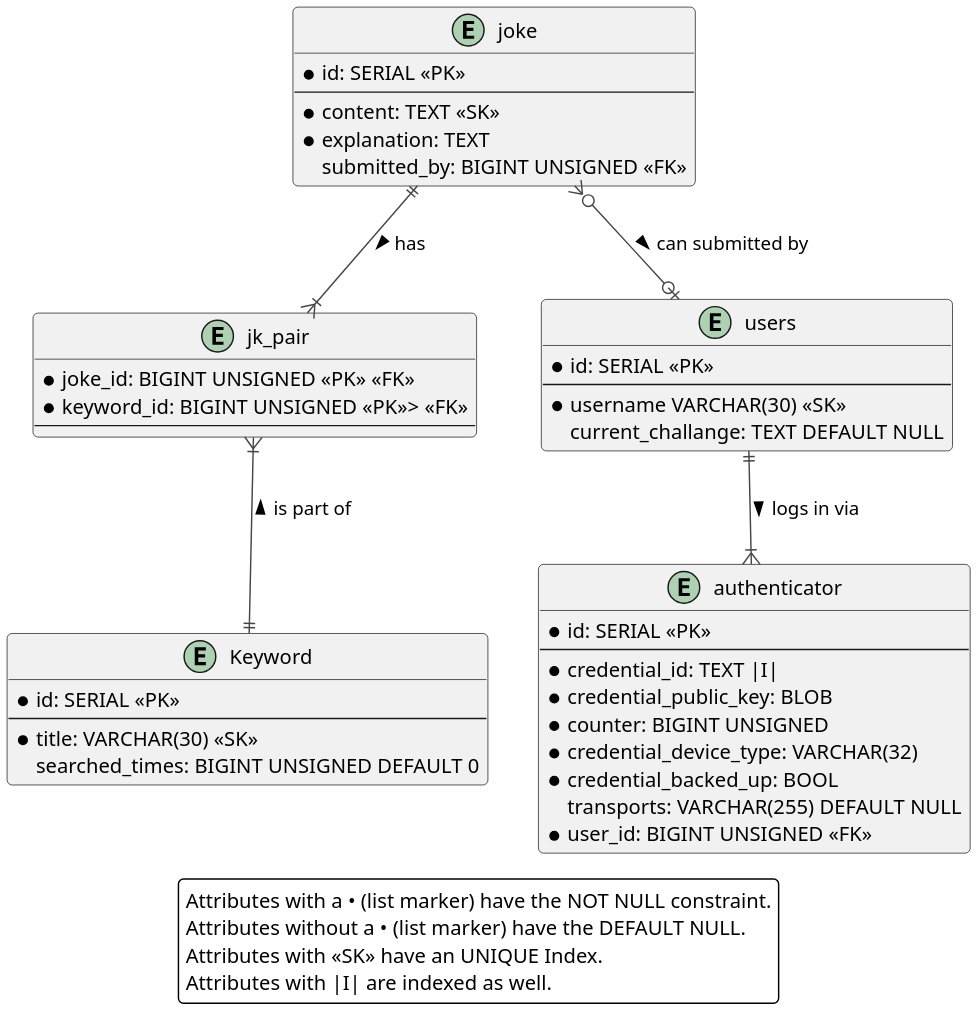
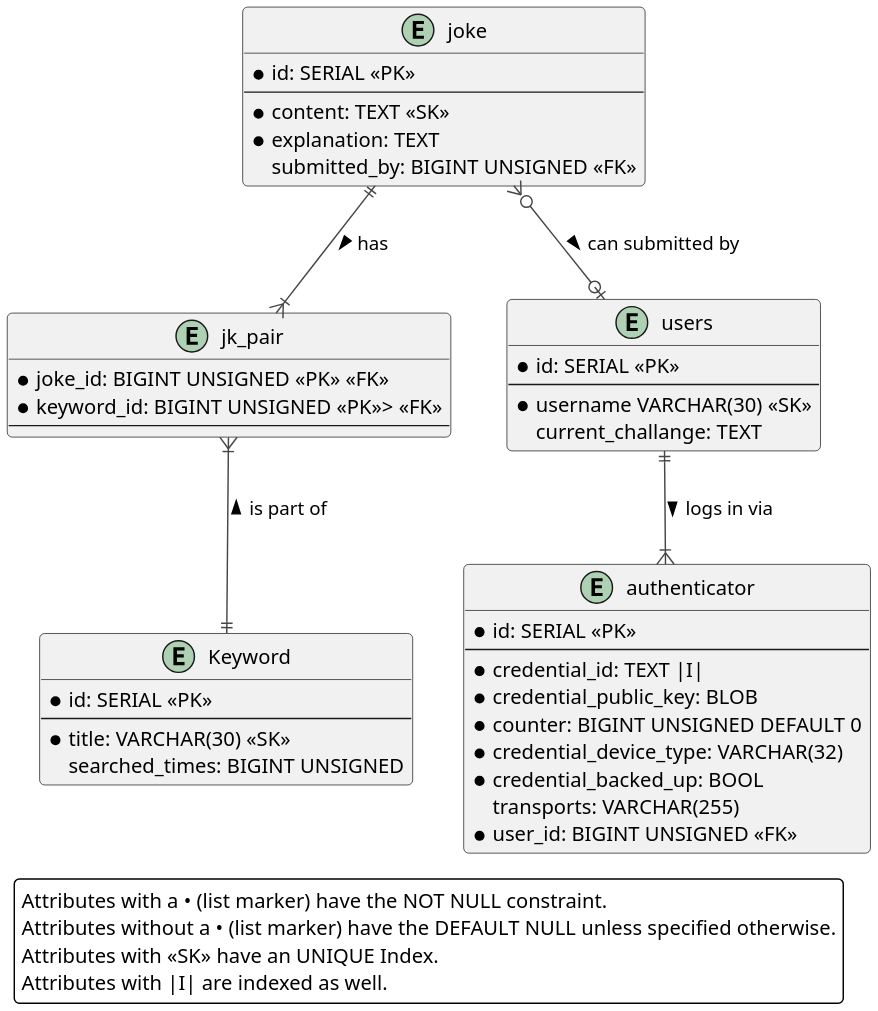
Before and after one commit to SturmDerLiebe/bavarian_joke_generator: the second of 2 diagrams in database/database_model.md, drawn with PlantUML.

Commit message:
Doc(Database): Update Database Models

```diff
--- a/database/database_model.md
+++ b/database/database_model.md
@@ -47,59 +47,59 @@
 @startuml
 'skinparam linetype ortho
 scale 2
 !theme vibrant
 
 entity joke {
     * id: SERIAL <<PK>>
     --
     * content: TEXT <<SK>>
     * explanation: TEXT
     submitted_by: BIGINT UNSIGNED <<FK>>
 }
 
 entity jk_pair {
     * joke_id: BIGINT UNSIGNED <<PK>> <<FK>>
     * keyword_id: BIGINT UNSIGNED <<PK>>> <<FK>>
     --
 }
 
 entity Keyword  {
     ' use id instead of title as PK for performance and easier editing of keywords
     * id: SERIAL <<PK>>
     --
     * title: VARCHAR(30) <<SK>>
-    searched_times: BIGINT UNSIGNED DEFAULT 0
+    searched_times: BIGINT UNSIGNED
 }
 
 entity users {
     ' The extra id is necessary for using simplewebauthn:
     * id: SERIAL <<PK>>
     --
     * username VARCHAR(30) <<SK>>
-    current_challange: TEXT DEFAULT NULL
+    current_challange: TEXT
 }
 
 entity authenticator {
     * id: SERIAL <<PK>>
     --
     * credential_id: TEXT |I|
     * credential_public_key: BLOB
-    * counter: BIGINT UNSIGNED
+    * counter: BIGINT UNSIGNED DEFAULT 0
     * credential_device_type: VARCHAR(32)
     * credential_backed_up: BOOL
-    transports: VARCHAR(255) DEFAULT NULL
+    transports: VARCHAR(255)
     * user_id: BIGINT UNSIGNED <<FK>>
 }
 
 joke ||--|{ jk_pair : has >
 jk_pair }|--|| Keyword : is part of <
 joke }o--o| users : can submitted by >
 users ||--|{ authenticator : logs in via > 
 
 legend
     Attributes with a • (list marker) have the NOT NULL constraint.
-    Attributes without a • (list marker) have the DEFAULT NULL.
+    Attributes without a • (list marker) have the DEFAULT NULL unless specified otherwise.
     Attributes with <<SK>> have an UNIQUE Index.
     Attributes with |I| are indexed as well.
 endlegend
 @enduml
```
